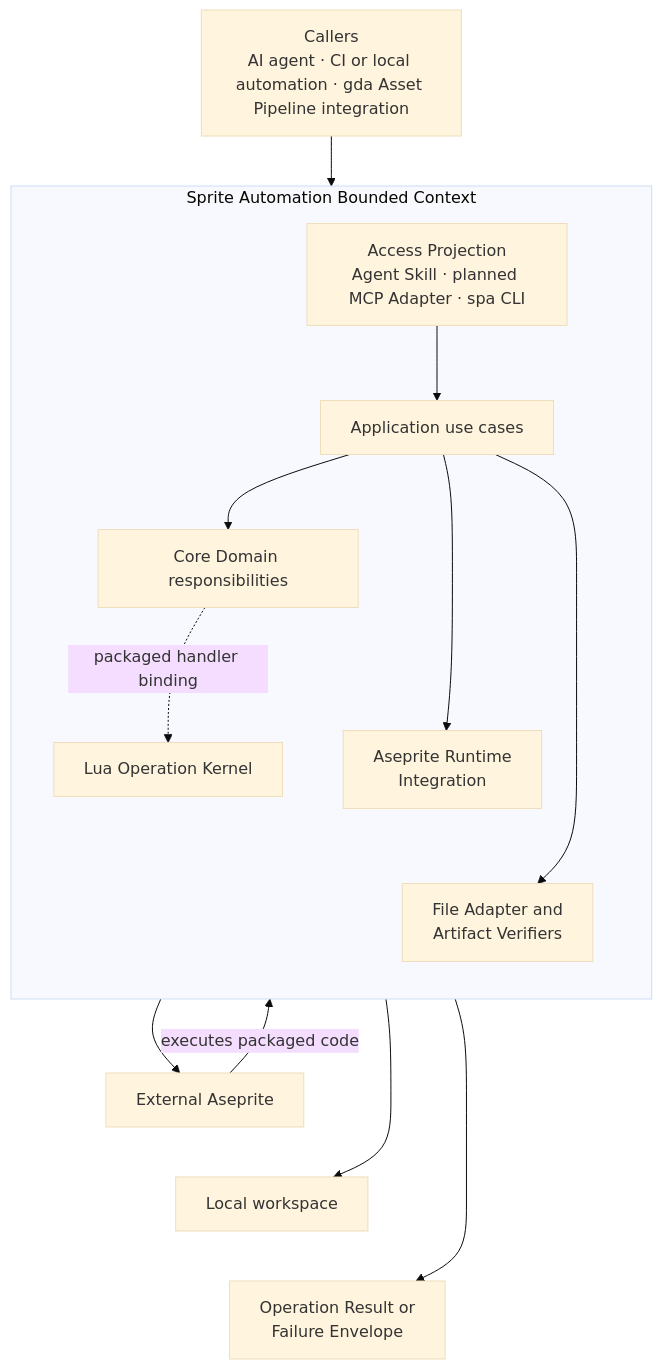
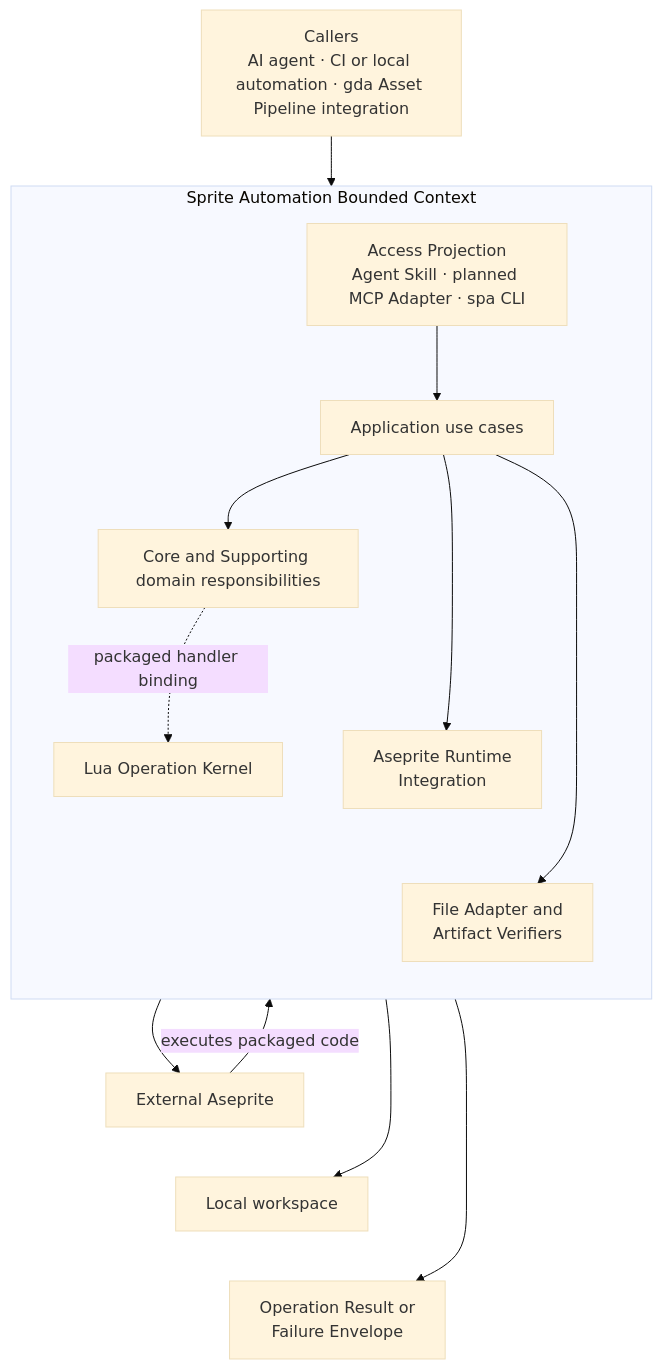
Before and after one commit to aigengame/aseprite-automation: the first of 8 diagrams in ARCHITECTURE.md, drawn with Mermaid (base theme). The commit also changed other lines of this file and 11 other files, not shown here.

````diff
--- a/ARCHITECTURE.md
+++ b/ARCHITECTURE.md
@@ -41,28 +46,28 @@
 ```mermaid
 flowchart TB
     Callers["Callers<br/>AI agent · CI or local automation · gda Asset Pipeline integration"]
 
     subgraph SPA[Sprite Automation Bounded Context]
         direction TB
         Access["Access Projection<br/>Agent Skill · planned MCP Adapter · spa CLI"]
         Access --> App[Application use cases]
-        App --> Core[Core Domain responsibilities]
+        App --> Core[Core and Supporting domain responsibilities]
         App --> Runtime["Aseprite Runtime<br/>Integration"]
         App --> Files["File Adapter and<br/>Artifact Verifiers"]
         Core -. packaged handler binding .-> Kernel[Lua Operation Kernel]
 
         %% Invisible links stack peer nodes vertically without adding runtime semantics.
         Core ~~~ Runtime
         Runtime ~~~ Files
     end
 
     Callers --> Access
     Runtime --> Aseprite[External Aseprite]
     Aseprite -->|executes packaged code| Kernel
     Files --> Workspace[Local workspace]
     App --> Outcome["Operation Result or<br/>Failure Envelope"]
 
     %% Stack external peers so the overview stays narrow on GitHub.
     Aseprite ~~~ Workspace
     Workspace ~~~ Outcome
 ```
````
